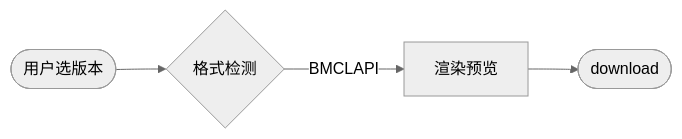
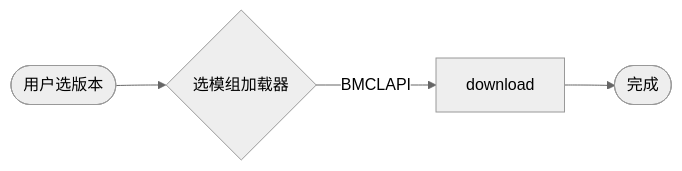
Before and after one commit to QpalzmAP/MCDownloader: the diagram in README.md, drawn with Mermaid (neutral theme).

````diff
--- a/README.md
+++ b/README.md
@@ -6,6 +6,6 @@
 ```mermaid
 flowchart LR
-  A([用户选版本]) --> B{格式检测}
-  B -- BMCLAPI --> C[渲染预览]
-  C --> D([download])
+  A([用户选版本]) --> B{选模组加载器}
+  B -- BMCLAPI --> C[download]
+  C --> D([完成])
 ```
````
